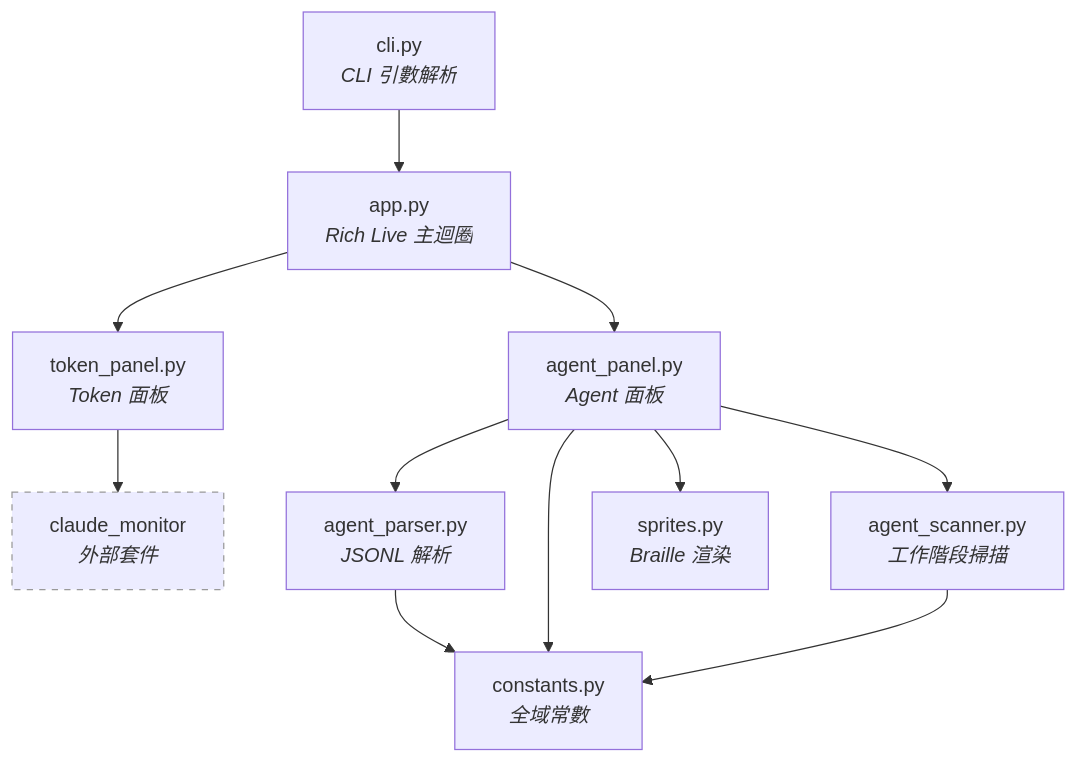
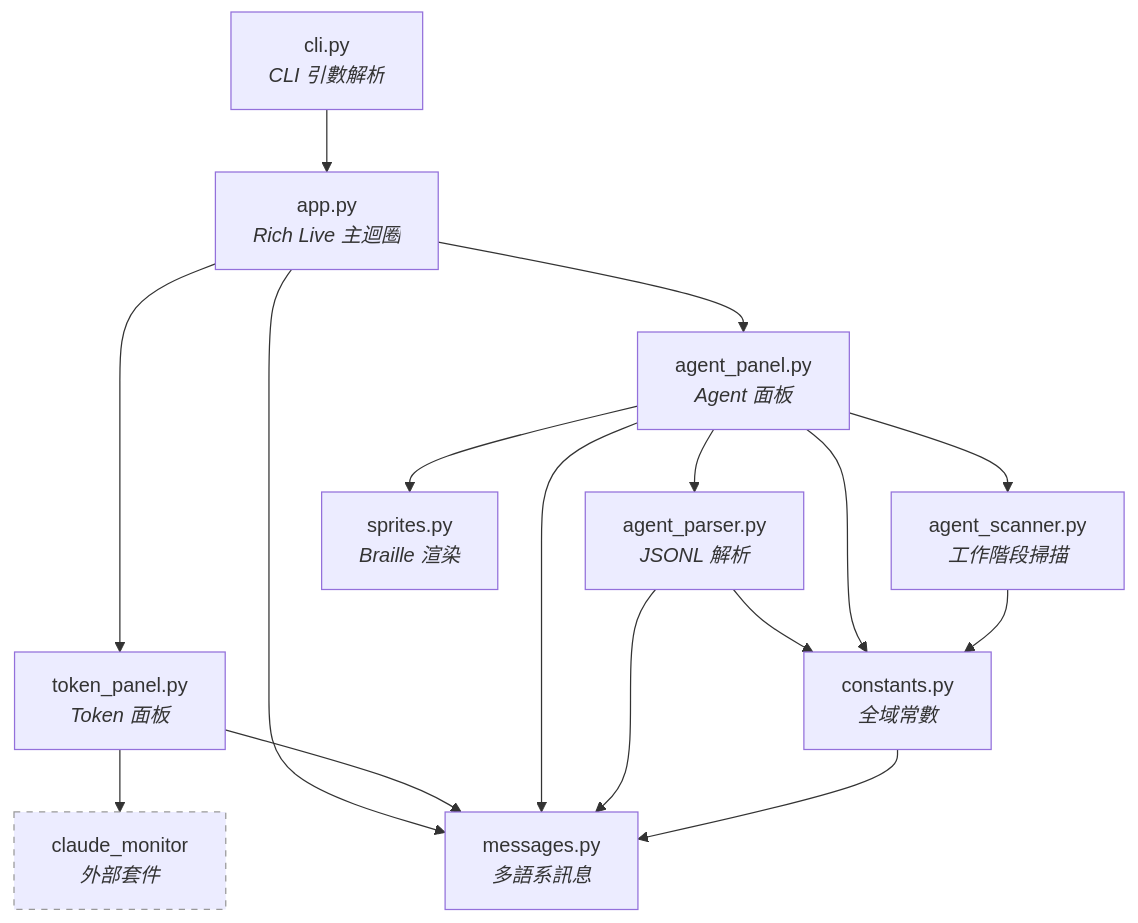
One commit to linziyou0601/claude-dashboard changed the first of 2 diagrams in README.md. Above: the diagram before and after it, drawn with Mermaid. The commit also changed other lines of this file and 12 other files, not shown here.

````diff
--- a/README.md
+++ b/README.md
@@ -48,15 +54,20 @@
 ```mermaid
 graph TD
     CLI["cli.py<br/><i>CLI 引數解析</i>"] --> APP["app.py<br/><i>Rich Live 主迴圈</i>"]
     APP --> TP["token_panel.py<br/><i>Token 面板</i>"]
     APP --> AP["agent_panel.py<br/><i>Agent 面板</i>"]
     TP --> CCM["claude_monitor<br/><i>外部套件</i>"]
     AP --> PARSE["agent_parser.py<br/><i>JSONL 解析</i>"]
     AP --> SCAN["agent_scanner.py<br/><i>工作階段掃描</i>"]
     AP --> SPRITE["sprites.py<br/><i>Braille 渲染</i>"]
     PARSE --> CONST["constants.py<br/><i>全域常數</i>"]
     AP --> CONST
     SCAN --> CONST
+    APP --> MSG["messages.py<br/><i>多語系訊息</i>"]
+    TP --> MSG
+    AP --> MSG
+    PARSE --> MSG
+    CONST --> MSG
 
     style CCM stroke:#999,stroke-dasharray: 5 5
 ```
````
